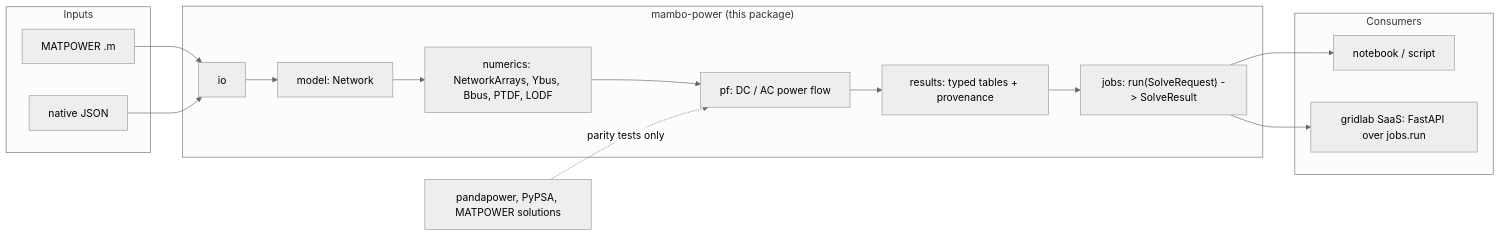
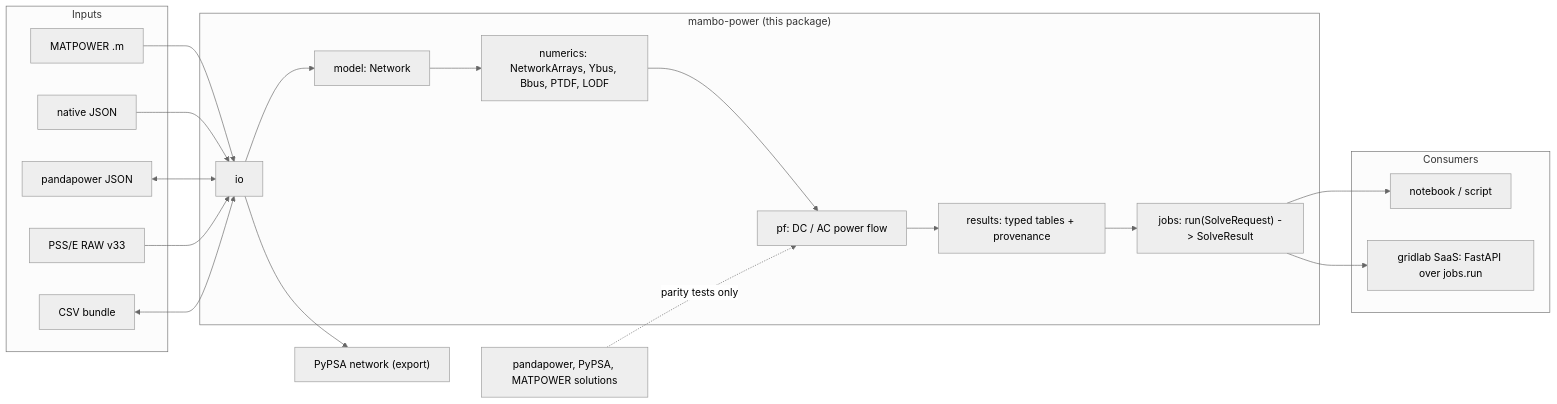
The diagram in docs/index.md (mambo10005/mambo-power), drawn with Mermaid (neutral theme) before and after one commit. The commit also changed other lines of this file and 2 other files, not shown here.

First line of the commit message:
docs(m8/s6): changelog entry for M8, architecture io box/edges and module map, home page status + roadmap (M7 merged, M8 in progress)

````diff
--- a/docs/index.md
+++ b/docs/index.md
@@ -66,24 +69,31 @@
 ```mermaid
 flowchart LR
     subgraph inputs["Inputs"]
         MP["MATPOWER .m"]
         NJ["native JSON"]
+        PPJ["pandapower JSON"]
+        RAW["PSS/E RAW v33"]
+        CSV["CSV bundle"]
     end
     subgraph pkg["mambo-power (this package)"]
         IO["io"] --> MODEL["model: Network"]
         MODEL --> NUM["numerics: NetworkArrays, Ybus, Bbus, PTDF, LODF"]
         NUM --> PF["pf: DC / AC power flow"]
         PF --> RES["results: typed tables + provenance"]
         RES --> JOBS["jobs: run(SolveRequest) -> SolveResult"]
     end
     subgraph consumers["Consumers"]
         NB["notebook / script"]
         SAAS["gridlab SaaS: FastAPI over jobs.run"]
     end
     MP --> IO
     NJ --> IO
+    PPJ <--> IO
+    RAW --> IO
+    CSV <--> IO
+    IO --> PYPSA["PyPSA network (export)"]
     JOBS --> NB
     JOBS --> SAAS
     ORACLES["pandapower, PyPSA, MATPOWER solutions"]
     ORACLES -. parity tests only .-> PF
 ```
````
